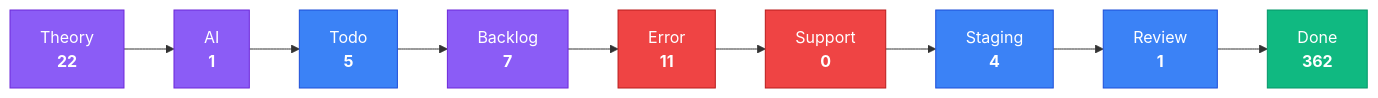
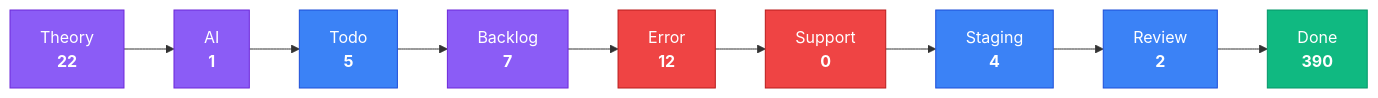
The third of 4 diagrams in apps/kbve/astro-kbve/src/content/docs/dashboard/kanban.mdx (KBVE/kbve), drawn with Mermaid before and after one commit. The commit also changed other lines of this file and 8 other files, not shown here.

````diff
--- a/apps/kbve/astro-kbve/src/content/docs/dashboard/kanban.mdx
+++ b/apps/kbve/astro-kbve/src/content/docs/dashboard/kanban.mdx
@@ -80,28 +80,28 @@
 ```mermaid
 flowchart LR
     classDef planning fill:#8b5cf6,stroke:#6d28d9,color:#fff
     classDef active fill:#3b82f6,stroke:#1d4ed8,color:#fff
     classDef blocked fill:#ef4444,stroke:#b91c1c,color:#fff
     classDef done fill:#10b981,stroke:#059669,color:#fff
     Theory["Theory<br/><strong>22</strong>"]
     Theory --> AI
     AI["AI<br/><strong>1</strong>"]
     AI --> Todo
     Todo["Todo<br/><strong>5</strong>"]
     Todo --> Backlog
     Backlog["Backlog<br/><strong>7</strong>"]
     Backlog --> Error
-    Error["Error<br/><strong>11</strong>"]
+    Error["Error<br/><strong>12</strong>"]
     Error --> Support
     Support["Support<br/><strong>0</strong>"]
     Support --> Staging
     Staging["Staging<br/><strong>4</strong>"]
     Staging --> Review
-    Review["Review<br/><strong>1</strong>"]
+    Review["Review<br/><strong>2</strong>"]
     Review --> Done
-    Done["Done<br/><strong>362</strong>"]
+    Done["Done<br/><strong>390</strong>"]
     class Theory,AI,Backlog planning
     class Todo,Staging,Review active
     class Error,Support blocked
     class Done done
 ```
````
